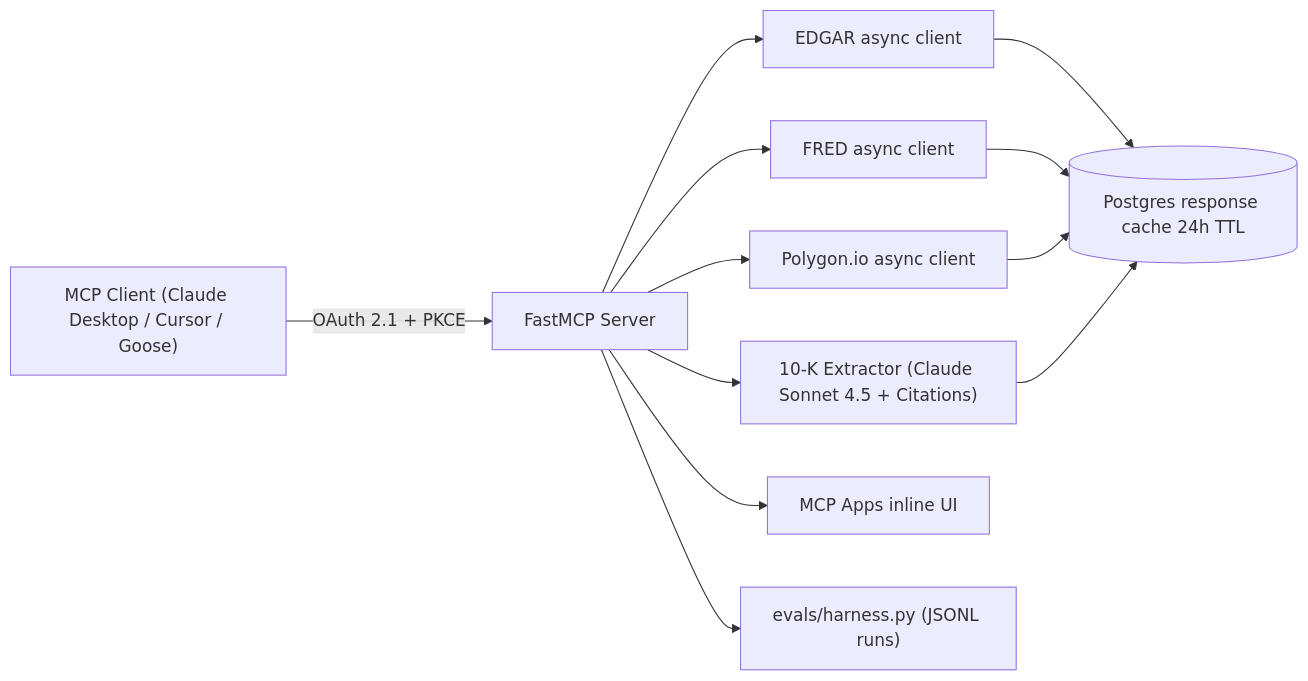
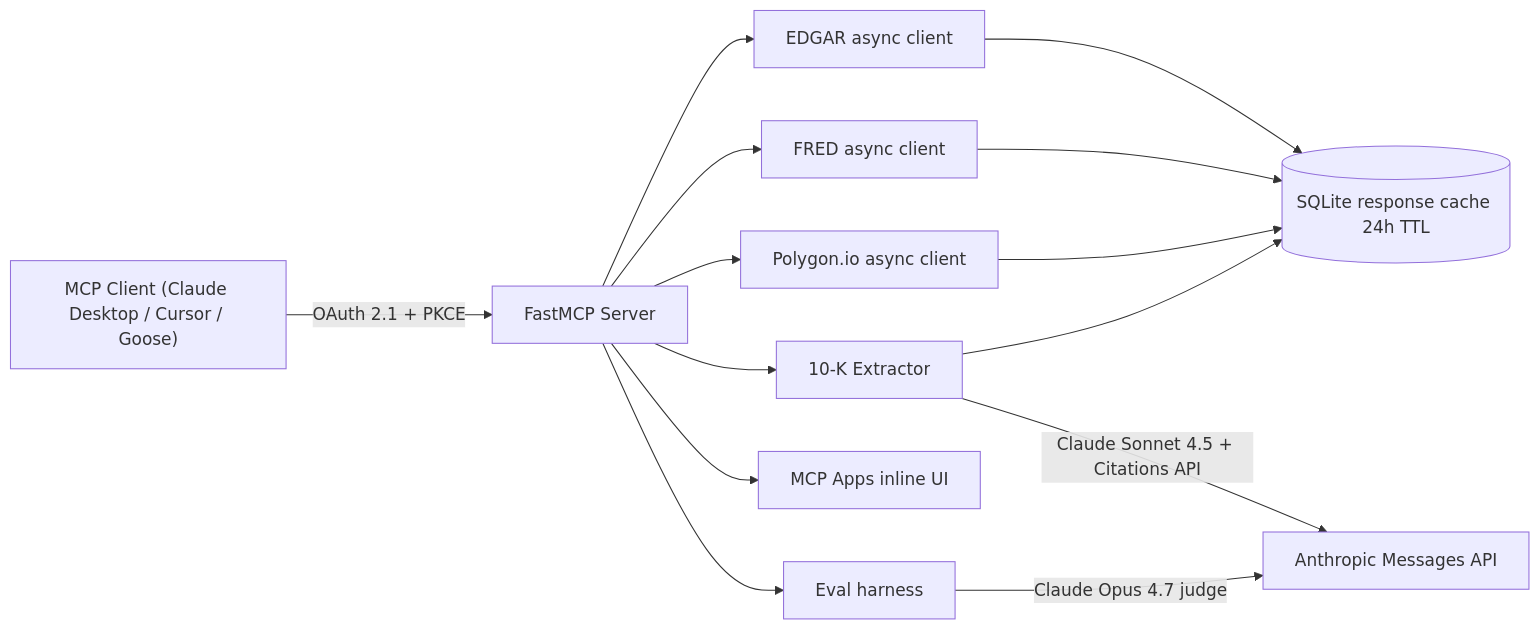
The diagram in README.md (SebAustin/mcp-financial-data), drawn with Mermaid before and after one commit. The commit also changed other lines of this file and 1 other file, not shown here.

Commit message:
docs: refresh README and architecture diagrams
Remove portfolio sprint reference, label Anthropic model roles in Mermaid
diagrams, and align cache naming with the SQLite implementation.

````diff
--- a/README.md
+++ b/README.md
@@ -49,14 +46,16 @@
 ```mermaid
 flowchart LR
     Client["MCP Client (Claude Desktop / Cursor / Goose)"] -->|"OAuth 2.1 + PKCE"| Server[FastMCP Server]
     Server --> EDGAR[EDGAR async client]
     Server --> FRED[FRED async client]
     Server --> Polygon[Polygon.io async client]
-    Server --> Extractor["10-K Extractor (Claude Sonnet 4.5 + Citations)"]
+    Server --> Extractor["10-K Extractor"]
     Server --> Apps["MCP Apps inline UI"]
-    EDGAR --> Cache[(Postgres response cache 24h TTL)]
+    Server --> Evals["Eval harness"]
+    Extractor -->|"Claude Sonnet 4.5 + Citations API"| Anthropic[Anthropic Messages API]
+    Evals -->|"Claude Opus 4.7 judge"| Anthropic
+    EDGAR --> Cache[(SQLite response cache 24h TTL)]
     FRED --> Cache
     Polygon --> Cache
     Extractor --> Cache
-    Server --> Evals["evals/harness.py (JSONL runs)"]
 ```
````
